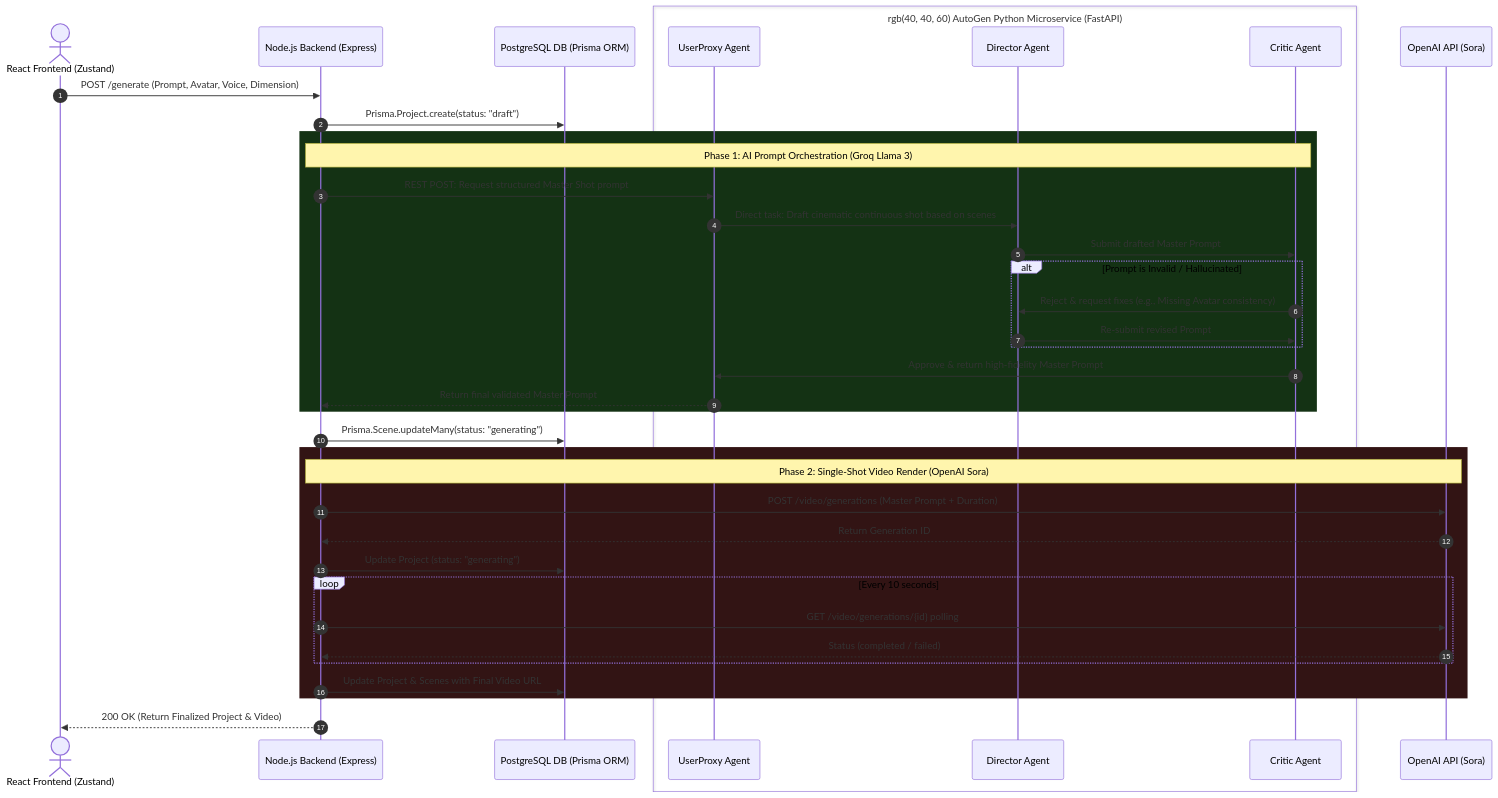
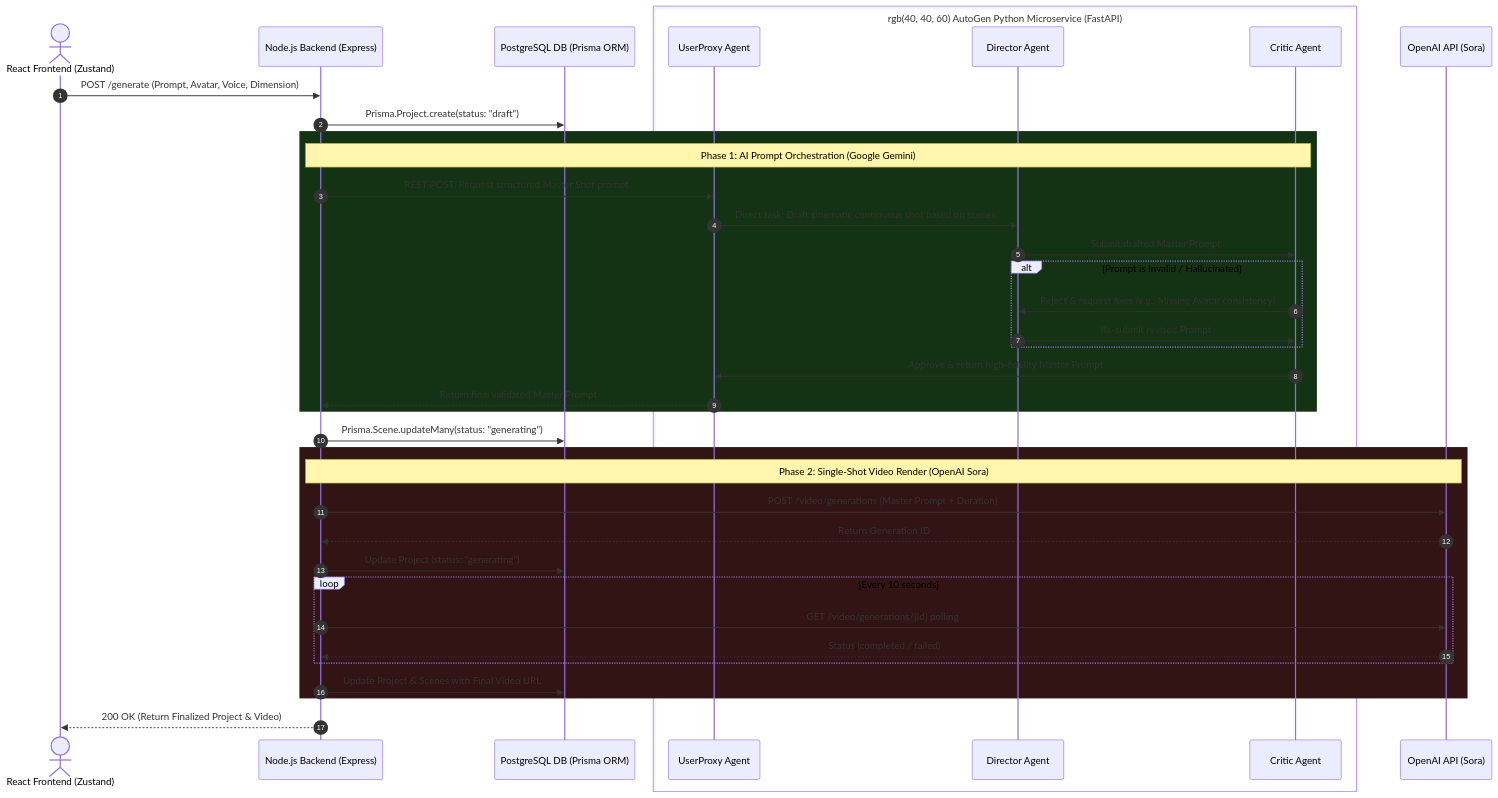
Before and after one commit to PragyaSharma14/DeptCast: the diagram in ARCHITECTURE.md, drawn with Mermaid. The commit also changed other lines of this file and 39 other files, not shown here.

````diff
--- a/ARCHITECTURE.md
+++ b/ARCHITECTURE.md
@@ -18,54 +18,54 @@
 ```mermaid
 sequenceDiagram
     autonumber
     
     actor Client as React Frontend (Zustand)
     participant NodeServer as Node.js Backend (Express)
     participant DB as PostgreSQL DB (Prisma ORM)
     
     box rgb(40, 40, 60) AutoGen Python Microservice (FastAPI)
         participant UserProxy as UserProxy Agent
         participant Director as Director Agent
         participant Critic as Critic Agent
     end
     
     participant Sora as OpenAI API (Sora)
 
     Client->>NodeServer: POST /generate (Prompt, Avatar, Voice, Dimension)
     NodeServer->>DB: Prisma.Project.create(status: "draft")
     
     rect rgb(20, 50, 20)
-    Note over NodeServer, Critic: Phase 1: AI Prompt Orchestration (Groq Llama 3)
+    Note over NodeServer, Critic: Phase 1: AI Prompt Orchestration (Google Gemini)
     
     NodeServer->>UserProxy: REST POST: Request structured Master Shot prompt
     UserProxy->>Director: Direct task: Draft cinematic continuous shot based on scenes
     Director->>Critic: Submit drafted Master Prompt
     
     alt Prompt is Invalid / Hallucinated
         Critic->>Director: Reject & request fixes (e.g., Missing Avatar consistency)
         Director->>Critic: Re-submit revised Prompt
     end
     
     Critic->>UserProxy: Approve & return high-fidelity Master Prompt
     UserProxy-->>NodeServer: Return final validated Master Prompt
     end
 
     NodeServer->>DB: Prisma.Scene.updateMany(status: "generating")
 
     rect rgb(50, 20, 20)
     Note over NodeServer, Sora: Phase 2: Single-Shot Video Render (OpenAI Sora)
     
     NodeServer->>Sora: POST /video/generations (Master Prompt + Duration)
     Sora-->>NodeServer: Return Generation ID
     NodeServer->>DB: Update Project (status: "generating")
     
     loop Every 10 seconds
         NodeServer->>Sora: GET /video/generations/{id} polling
         Sora-->>NodeServer: Status (completed / failed)
     end
     
     NodeServer->>DB: Update Project & Scenes with Final Video URL
     end
 
     NodeServer-->>Client: 200 OK (Return Finalized Project & Video)
 ```
````
